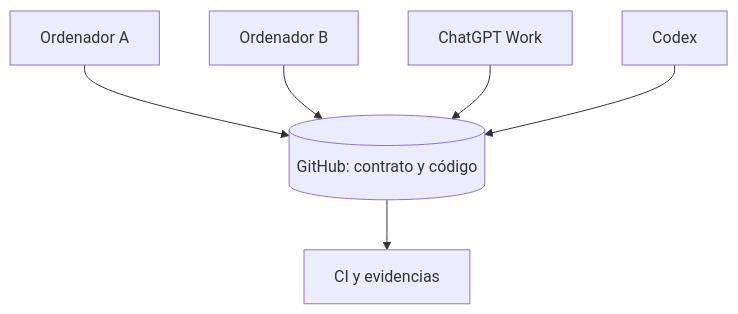
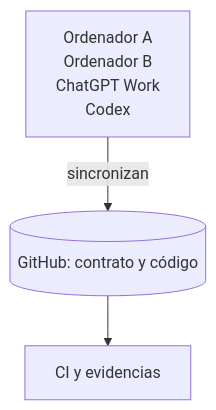
One commit to ratienza/infra-replicant-lab changed the third of 3 diagrams in docs/gobierno/flujo-work-codex-git.md. Above: the diagram before and after it, drawn with Mermaid. The commit also changed 30 other files, not shown here.

Commit message:
fix: make GOV-001 diagrams mobile-safe

````diff
--- a/docs/gobierno/flujo-work-codex-git.md
+++ b/docs/gobierno/flujo-work-codex-git.md
@@ -69,9 +69,6 @@
 ```mermaid
 flowchart TD
-  GH[(GitHub: contrato y código)]
-  A[Ordenador A] --> GH
-  B[Ordenador B] --> GH
-  W[ChatGPT Work] --> GH
-  C[Codex] --> GH
+  Clientes["Ordenador A<br/>Ordenador B<br/>ChatGPT Work<br/>Codex"]
+  Clientes -->|sincronizan| GH[(GitHub: contrato y código)]
   GH --> CI[CI y evidencias]
 ```
````
